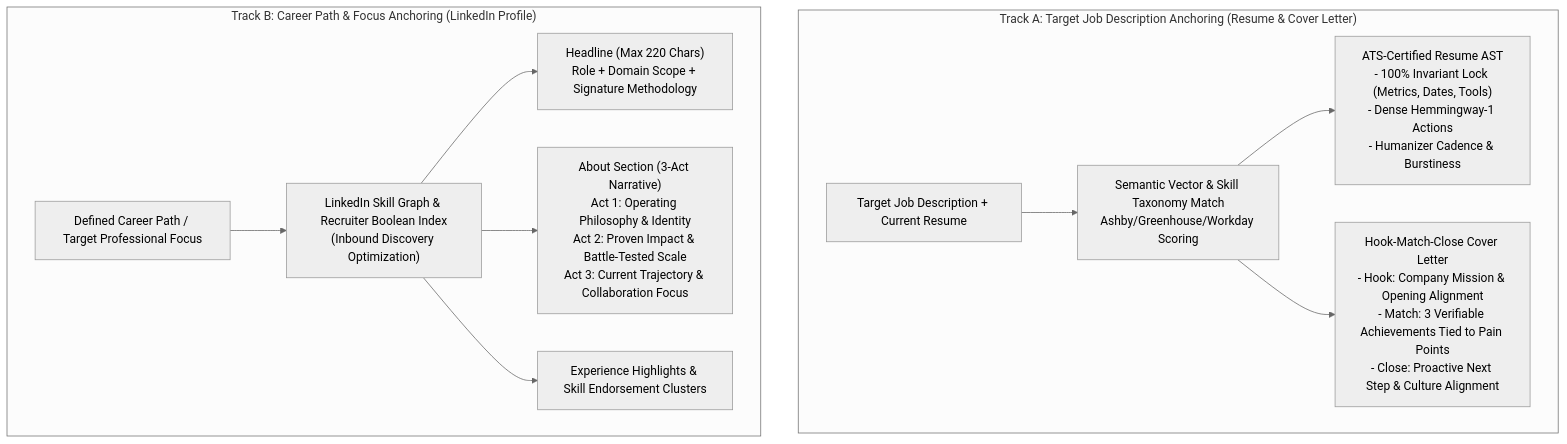
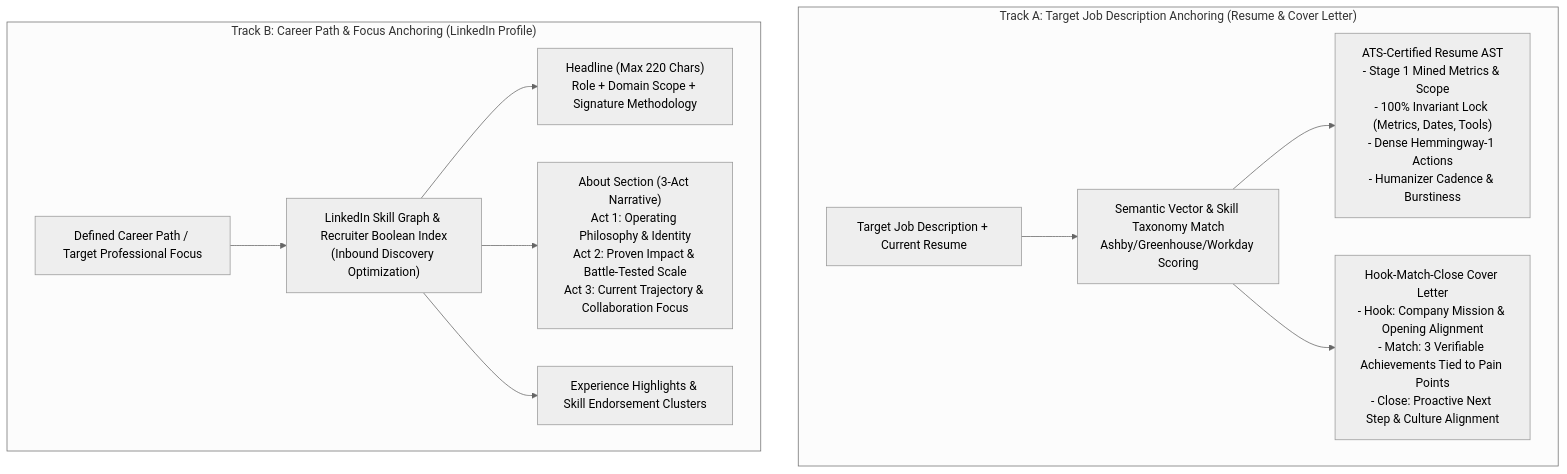
One commit to poferraz/career-ops changed the eighth of 9 diagrams in docs/superpowers/specs/2026-10-10-dual-engine-resume-product-design.md. Above: the diagram before and after it, drawn with Mermaid (neutral theme). The commit also changed other lines of this file and 12 other files, not shown here.

````diff
--- a/docs/superpowers/specs/2026-10-10-dual-engine-resume-product-design.md
+++ b/docs/superpowers/specs/2026-10-10-dual-engine-resume-product-design.md
@@ -432,15 +530,15 @@
 ```mermaid
 flowchart TD
     subgraph TRACK_A["Track A: Target Job Description Anchoring (Resume & Cover Letter)"]
         TA_IN["Target Job Description + Current Resume"] --> TA_SEM["Semantic Vector & Skill Taxonomy Match<br/>Ashby/Greenhouse/Workday Scoring"]
-        TA_SEM --> TA_RESUME["ATS-Certified Resume AST<br/>- 100% Invariant Lock (Metrics, Dates, Tools)<br/>- Dense Hemmingway-1 Actions<br/>- Humanizer Cadence & Burstiness"]
+        TA_SEM --> TA_RESUME["ATS-Certified Resume AST<br/>- Stage 1 Mined Metrics & Scope<br/>- 100% Invariant Lock (Metrics, Dates, Tools)<br/>- Dense Hemmingway-1 Actions<br/>- Humanizer Cadence & Burstiness"]
         TA_SEM --> TA_COVER["Hook-Match-Close Cover Letter<br/>- Hook: Company Mission & Opening Alignment<br/>- Match: 3 Verifiable Achievements Tied to Pain Points<br/>- Close: Proactive Next Step & Culture Alignment"]
     end
 
     subgraph TRACK_B["Track B: Career Path & Focus Anchoring (LinkedIn Profile)"]
         TB_IN["Defined Career Path / Target Professional Focus"] --> TB_GRAPH["LinkedIn Skill Graph & Recruiter Boolean Index<br/>(Inbound Discovery Optimization)"]
         TB_GRAPH --> TB_HEADLINE["Headline (Max 220 Chars)<br/>Role + Domain Scope + Signature Methodology"]
         TB_GRAPH --> TB_ABOUT["About Section (3-Act Narrative)<br/>Act 1: Operating Philosophy & Identity<br/>Act 2: Proven Impact & Battle-Tested Scale<br/>Act 3: Current Trajectory & Collaboration Focus"]
         TB_GRAPH --> TB_EXP["Experience Highlights & Skill Endorsement Clusters"]
     end
 ```
````
